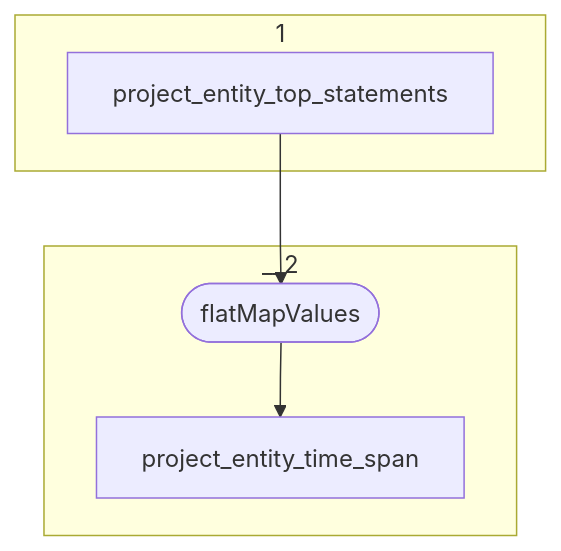
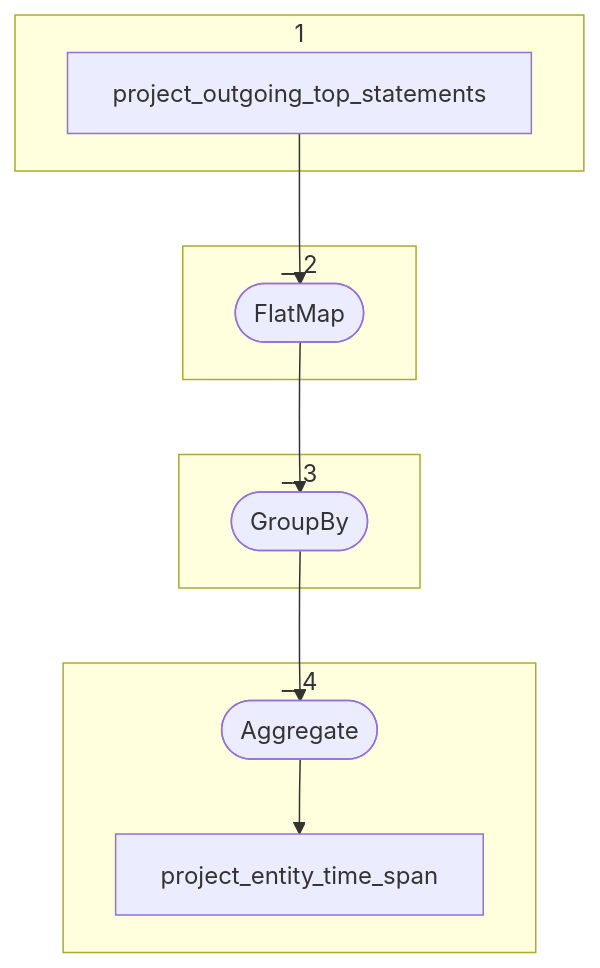
Before and after one commit to geovistory/toolbox-streams: the diagram in app-3-entity/src/main/java/org/geovistory/toolbox/streams/entity/processors/project/ProjectEntityTimeSpan.md, drawn with Mermaid. The commit also changed other lines of this file and 78 other files, not shown here.

Commit message:
refactor fulltext and time span generation

````diff
--- a/app-3-entity/src/main/java/org/geovistory/toolbox/streams/entity/processors/project/ProjectEntityTimeSpan.md
+++ b/app-3-entity/src/main/java/org/geovistory/toolbox/streams/entity/processors/project/ProjectEntityTimeSpan.md
@@ -5,12 +5,18 @@
 ```mermaid 
 flowchart TD  
-    1a-->2a-->2b  
+    1a-->2a-->3a-->4a-->4b  
     subgraph 1  
-        1a[project_entity_top_statements]  
+        1a[project_outgoing_top_statements]  
     end  
     subgraph __2  
-        2a([flatMapValues])  
-        2b[project_entity_time_span]  
+        2a([FlatMap])  
+    end  
+    subgraph __3  
+        3a([GroupBy])  
+    end  
+    subgraph __4  
+        4a([Aggregate])  
+        4b[project_entity_time_span]  
     end  
 
 ```
````
